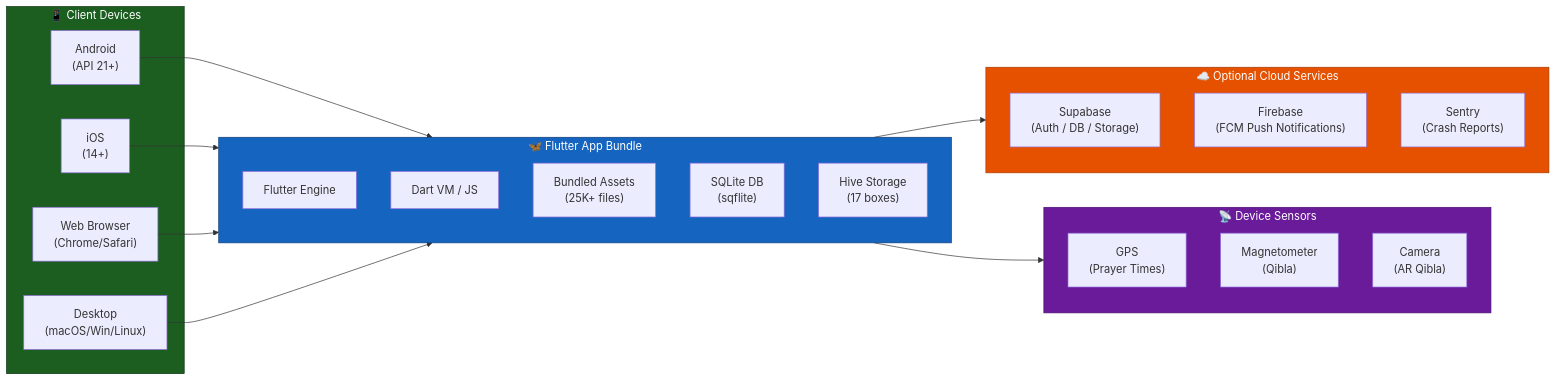
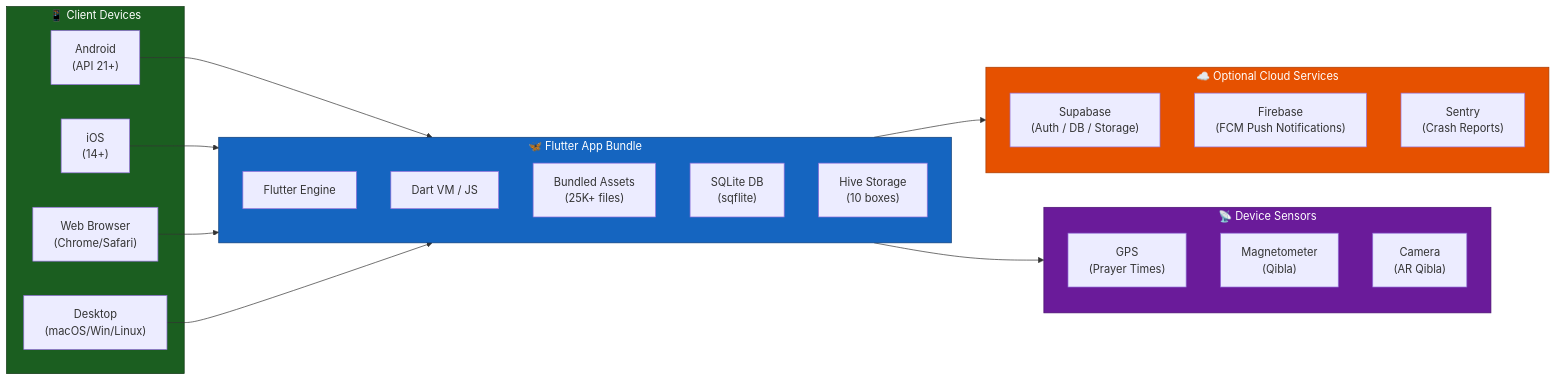
Before and after one commit to 0DukePan/noor-app: the sixth of 6 diagrams in README.md, drawn with Mermaid. The commit also changed other lines of this file and 6 other files, not shown here.

````diff
--- a/README.md
+++ b/README.md
@@ -498,38 +498,38 @@
 ```mermaid
 graph LR
     subgraph ClientDevices["📱 Client Devices"]
         Android["Android\n(API 21+)"]
         iOS["iOS\n(14+)"]
         Web["Web Browser\n(Chrome/Safari)"]
         Desktop["Desktop\n(macOS/Win/Linux)"]
     end
 
     subgraph FlutterApp["🦋 Flutter App Bundle"]
         Engine["Flutter Engine"]
         DartVM["Dart VM / JS"]
         Assets["Bundled Assets\n(25K+ files)"]
         SQLiteDB["SQLite DB\n(sqflite)"]
-        HiveDB["Hive Storage\n(17 boxes)"]
+        HiveDB["Hive Storage\n(10 boxes)"]
     end
 
     subgraph OptionalCloud["☁️ Optional Cloud Services"]
         Supabase["Supabase\n(Auth / DB / Storage)"]
         Firebase["Firebase\n(FCM Push Notifications)"]
         Sentry["Sentry\n(Crash Reports)"]
     end
 
     subgraph DeviceSensors["📡 Device Sensors"]
         GPS["GPS\n(Prayer Times)"]
         Compass["Magnetometer\n(Qibla)"]
         Camera["Camera\n(AR Qibla)"]
     end
 
     Android & iOS & Web & Desktop --> FlutterApp
     FlutterApp --> OptionalCloud
     FlutterApp --> DeviceSensors
 
     style ClientDevices fill:#1b5e20,stroke:#0d3310,color:#fff
     style FlutterApp fill:#1565c0,stroke:#0d3d78,color:#fff
     style OptionalCloud fill:#e65100,stroke:#a63a00,color:#fff
     style DeviceSensors fill:#6a1b9a,stroke:#4a1270,color:#fff
 ```
````
